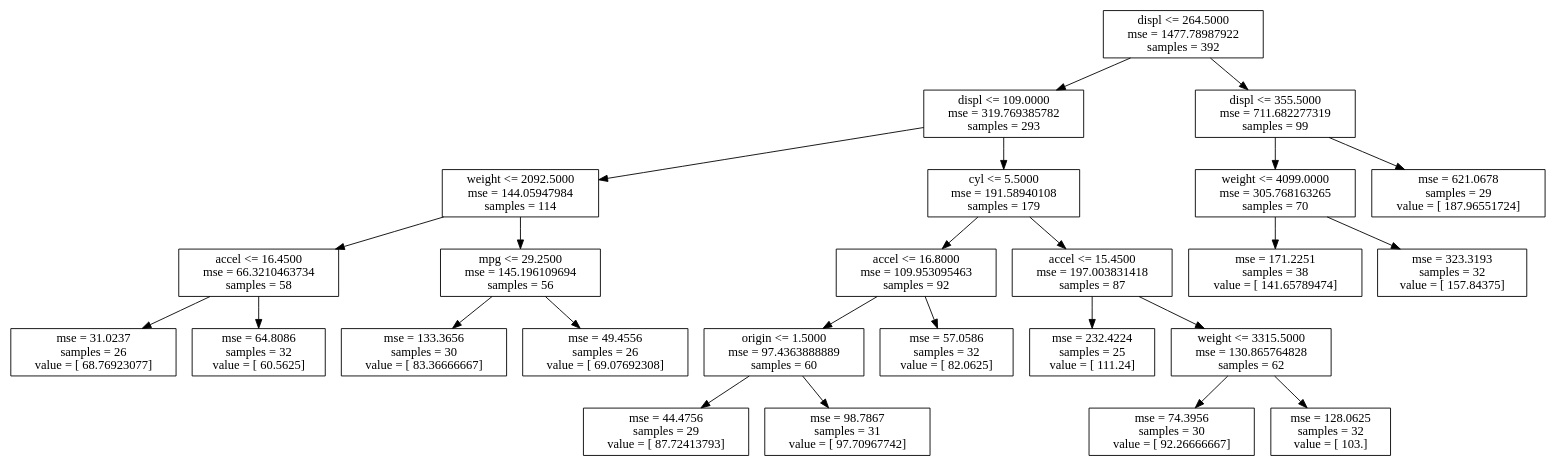
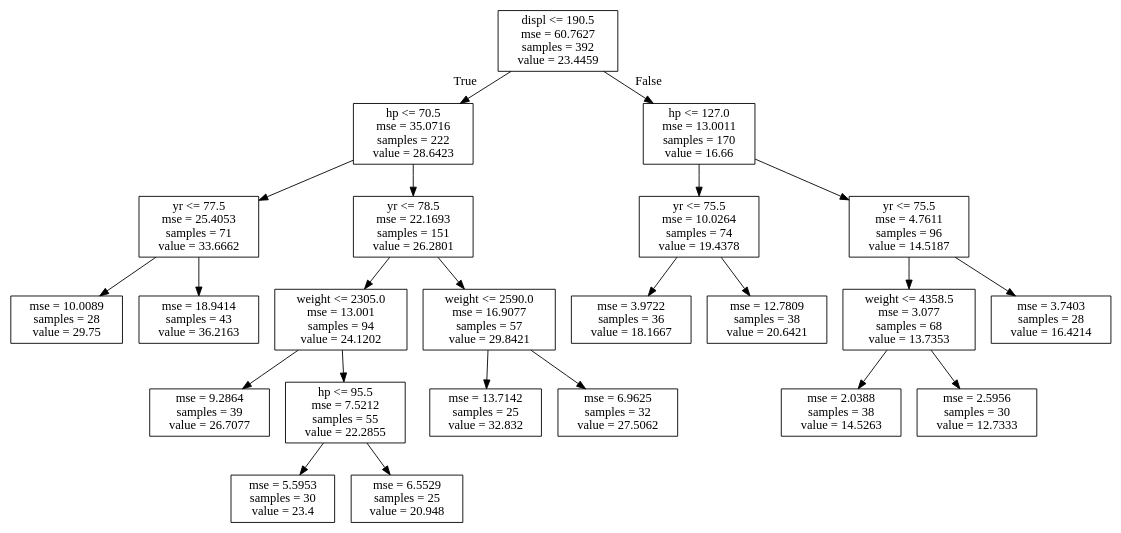
The diagram in mpg.dot (gibsondanield/edaHelper), drawn with Graphviz before and after one commit. The commit also changed 4 other files, not shown here.

```diff
--- a/mpg.dot
+++ b/mpg.dot
@@ -1,51 +1,48 @@
 digraph Tree {
-0 [label="displ <= 264.5000\nmse = 1477.78987922\nsamples = 392", shape="box"] ;
-1 [label="displ <= 109.0000\nmse = 319.769385782\nsamples = 293", shape="box"] ;
-0 -> 1 ;
-2 [label="weight <= 2092.5000\nmse = 144.05947984\nsamples = 114", shape="box"] ;
+node [shape=box] ;
+0 [label="displ <= 190.5\nmse = 60.7627\nsamples = 392\nvalue = 23.4459"] ;
+1 [label="hp <= 70.5\nmse = 35.0716\nsamples = 222\nvalue = 28.6423"] ;
+0 -> 1 [labeldistance=2.5, labelangle=45, headlabel="True"] ;
+2 [label="yr <= 77.5\nmse = 25.4053\nsamples = 71\nvalue = 33.6662"] ;
 1 -> 2 ;
-3 [label="accel <= 16.4500\nmse = 66.3210463734\nsamples = 58", shape="box"] ;
+3 [label="mse = 10.0089\nsamples = 28\nvalue = 29.75"] ;
 2 -> 3 ;
-4 [label="mse = 31.0237\nsamples = 26\nvalue = [ 68.76923077]", shape="box"] ;
-3 -> 4 ;
-5 [label="mse = 64.8086\nsamples = 32\nvalue = [ 60.5625]", shape="box"] ;
-3 -> 5 ;
-6 [label="mpg <= 29.2500\nmse = 145.196109694\nsamples = 56", shape="box"] ;
-2 -> 6 ;
-7 [label="mse = 133.3656\nsamples = 30\nvalue = [ 83.36666667]", shape="box"] ;
+4 [label="mse = 18.9414\nsamples = 43\nvalue = 36.2163"] ;
+2 -> 4 ;
+5 [label="yr <= 78.5\nmse = 22.1693\nsamples = 151\nvalue = 26.2801"] ;
+1 -> 5 ;
+6 [label="weight <= 2305.0\nmse = 13.001\nsamples = 94\nvalue = 24.1202"] ;
+5 -> 6 ;
+7 [label="mse = 9.2864\nsamples = 39\nvalue = 26.7077"] ;
 6 -> 7 ;
-8 [label="mse = 49.4556\nsamples = 26\nvalue = [ 69.07692308]", shape="box"] ;
+8 [label="hp <= 95.5\nmse = 7.5212\nsamples = 55\nvalue = 22.2855"] ;
 6 -> 8 ;
-9 [label="cyl <= 5.5000\nmse = 191.58940108\nsamples = 179", shape="box"] ;
-1 -> 9 ;
-10 [label="accel <= 16.8000\nmse = 109.953095463\nsamples = 92", shape="box"] ;
-9 -> 10 ;
-11 [label="origin <= 1.5000\nmse = 97.4363888889\nsamples = 60", shape="box"] ;
-10 -> 11 ;
-12 [label="mse = 44.4756\nsamples = 29\nvalue = [ 87.72413793]", shape="box"] ;
+9 [label="mse = 5.5953\nsamples = 30\nvalue = 23.4"] ;
+8 -> 9 ;
+10 [label="mse = 6.5529\nsamples = 25\nvalue = 20.948"] ;
+8 -> 10 ;
+11 [label="weight <= 2590.0\nmse = 16.9077\nsamples = 57\nvalue = 29.8421"] ;
+5 -> 11 ;
+12 [label="mse = 13.7142\nsamples = 25\nvalue = 32.832"] ;
 11 -> 12 ;
-13 [label="mse = 98.7867\nsamples = 31\nvalue = [ 97.70967742]", shape="box"] ;
+13 [label="mse = 6.9625\nsamples = 32\nvalue = 27.5062"] ;
 11 -> 13 ;
-14 [label="mse = 57.0586\nsamples = 32\nvalue = [ 82.0625]", shape="box"] ;
-10 -> 14 ;
-15 [label="accel <= 15.4500\nmse = 197.003831418\nsamples = 87", shape="box"] ;
-9 -> 15 ;
-16 [label="mse = 232.4224\nsamples = 25\nvalue = [ 111.24]", shape="box"] ;
+14 [label="hp <= 127.0\nmse = 13.0011\nsamples = 170\nvalue = 16.66"] ;
+0 -> 14 [labeldistance=2.5, labelangle=-45, headlabel="False"] ;
+15 [label="yr <= 75.5\nmse = 10.0264\nsamples = 74\nvalue = 19.4378"] ;
+14 -> 15 ;
+16 [label="mse = 3.9722\nsamples = 36\nvalue = 18.1667"] ;
 15 -> 16 ;
-17 [label="weight <= 3315.5000\nmse = 130.865764828\nsamples = 62", shape="box"] ;
+17 [label="mse = 12.7809\nsamples = 38\nvalue = 20.6421"] ;
 15 -> 17 ;
-18 [label="mse = 74.3956\nsamples = 30\nvalue = [ 92.26666667]", shape="box"] ;
-17 -> 18 ;
-19 [label="mse = 128.0625\nsamples = 32\nvalue = [ 103.]", shape="box"] ;
-17 -> 19 ;
-20 [label="displ <= 355.5000\nmse = 711.682277319\nsamples = 99", shape="box"] ;
-0 -> 20 ;
-21 [label="weight <= 4099.0000\nmse = 305.768163265\nsamples = 70", shape="box"] ;
-20 -> 21 ;
-22 [label="mse = 171.2251\nsamples = 38\nvalue = [ 141.65789474]", shape="box"] ;
-21 -> 22 ;
-23 [label="mse = 323.3193\nsamples = 32\nvalue = [ 157.84375]", shape="box"] ;
-21 -> 23 ;
-24 [label="mse = 621.0678\nsamples = 29\nvalue = [ 187.96551724]", shape="box"] ;
-20 -> 24 ;
+18 [label="yr <= 75.5\nmse = 4.7611\nsamples = 96\nvalue = 14.5187"] ;
+14 -> 18 ;
+19 [label="weight <= 4358.5\nmse = 3.077\nsamples = 68\nvalue = 13.7353"] ;
+18 -> 19 ;
+20 [label="mse = 2.0388\nsamples = 38\nvalue = 14.5263"] ;
+19 -> 20 ;
+21 [label="mse = 2.5956\nsamples = 30\nvalue = 12.7333"] ;
+19 -> 21 ;
+22 [label="mse = 3.7403\nsamples = 28\nvalue = 16.4214"] ;
+18 -> 22 ;
 }
```
